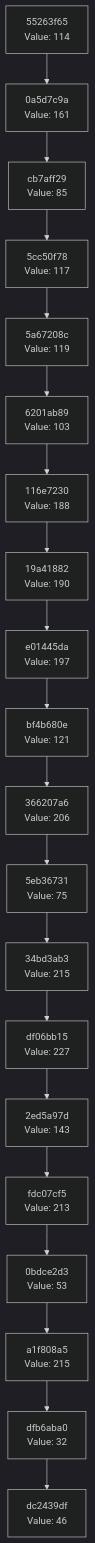
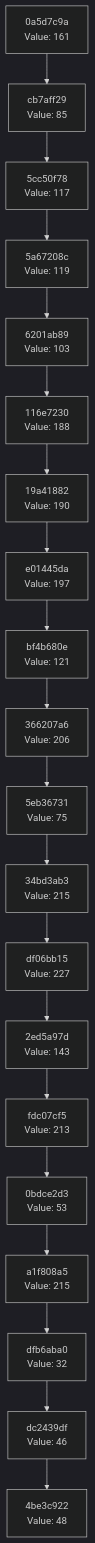
Before and after one commit to Abhisheksinha1506/hash-chain-evolver: the diagram in docs/CHAIN_VISUALIZATION.md, drawn with Mermaid (dark theme). The commit also changed 2 other files, not shown here.

Commit message:
Evolution Step

````diff
--- a/docs/CHAIN_VISUALIZATION.md
+++ b/docs/CHAIN_VISUALIZATION.md
@@ -3,42 +3,42 @@
 ```mermaid
 graph TD
-    C0["dc2439df<br/>Value: 46"]
-    C1["dfb6aba0<br/>Value: 32"]
+    C0["4be3c922<br/>Value: 48"]
+    C1["dc2439df<br/>Value: 46"]
     C1 --> C0
-    C2["a1f808a5<br/>Value: 215"]
+    C2["dfb6aba0<br/>Value: 32"]
     C2 --> C1
-    C3["0bdce2d3<br/>Value: 53"]
+    C3["a1f808a5<br/>Value: 215"]
     C3 --> C2
-    C4["fdc07cf5<br/>Value: 213"]
+    C4["0bdce2d3<br/>Value: 53"]
     C4 --> C3
-    C5["2ed5a97d<br/>Value: 143"]
+    C5["fdc07cf5<br/>Value: 213"]
     C5 --> C4
-    C6["df06bb15<br/>Value: 227"]
+    C6["2ed5a97d<br/>Value: 143"]
     C6 --> C5
-    C7["34bd3ab3<br/>Value: 215"]
+    C7["df06bb15<br/>Value: 227"]
     C7 --> C6
-    C8["5eb36731<br/>Value: 75"]
+    C8["34bd3ab3<br/>Value: 215"]
     C8 --> C7
-    C9["366207a6<br/>Value: 206"]
+    C9["5eb36731<br/>Value: 75"]
     C9 --> C8
-    C10["bf4b680e<br/>Value: 121"]
+    C10["366207a6<br/>Value: 206"]
     C10 --> C9
-    C11["e01445da<br/>Value: 197"]
+    C11["bf4b680e<br/>Value: 121"]
     C11 --> C10
-    C12["19a41882<br/>Value: 190"]
+    C12["e01445da<br/>Value: 197"]
     C12 --> C11
-    C13["116e7230<br/>Value: 188"]
+    C13["19a41882<br/>Value: 190"]
     C13 --> C12
-    C14["6201ab89<br/>Value: 103"]
+    C14["116e7230<br/>Value: 188"]
     C14 --> C13
-    C15["5a67208c<br/>Value: 119"]
+    C15["6201ab89<br/>Value: 103"]
     C15 --> C14
-    C16["5cc50f78<br/>Value: 117"]
+    C16["5a67208c<br/>Value: 119"]
     C16 --> C15
-    C17["cb7aff29<br/>Value: 85"]
+    C17["5cc50f78<br/>Value: 117"]
     C17 --> C16
-    C18["0a5d7c9a<br/>Value: 161"]
+    C18["cb7aff29<br/>Value: 85"]
     C18 --> C17
-    C19["55263f65<br/>Value: 114"]
+    C19["0a5d7c9a<br/>Value: 161"]
     C19 --> C18
 ```
````
